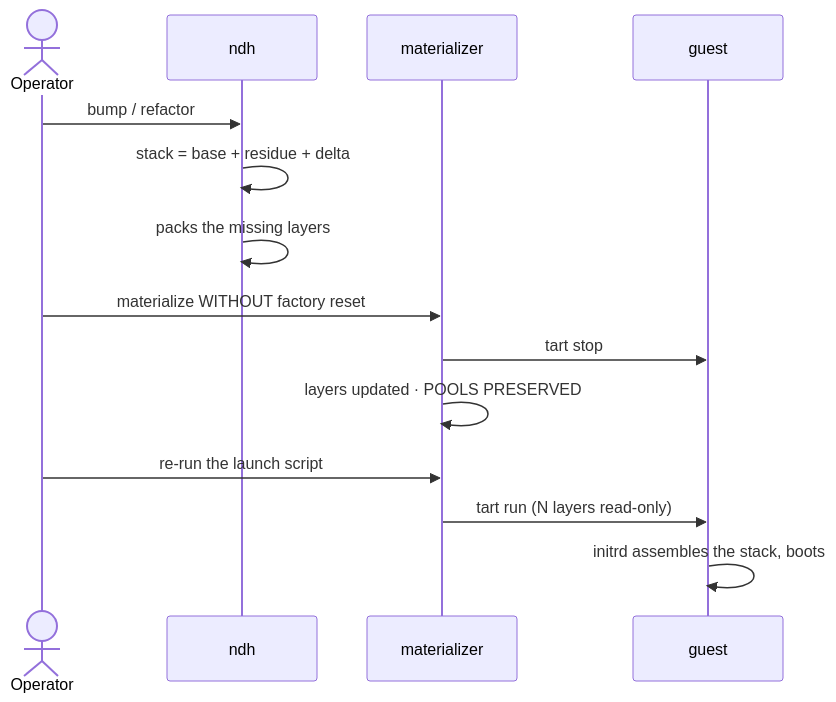
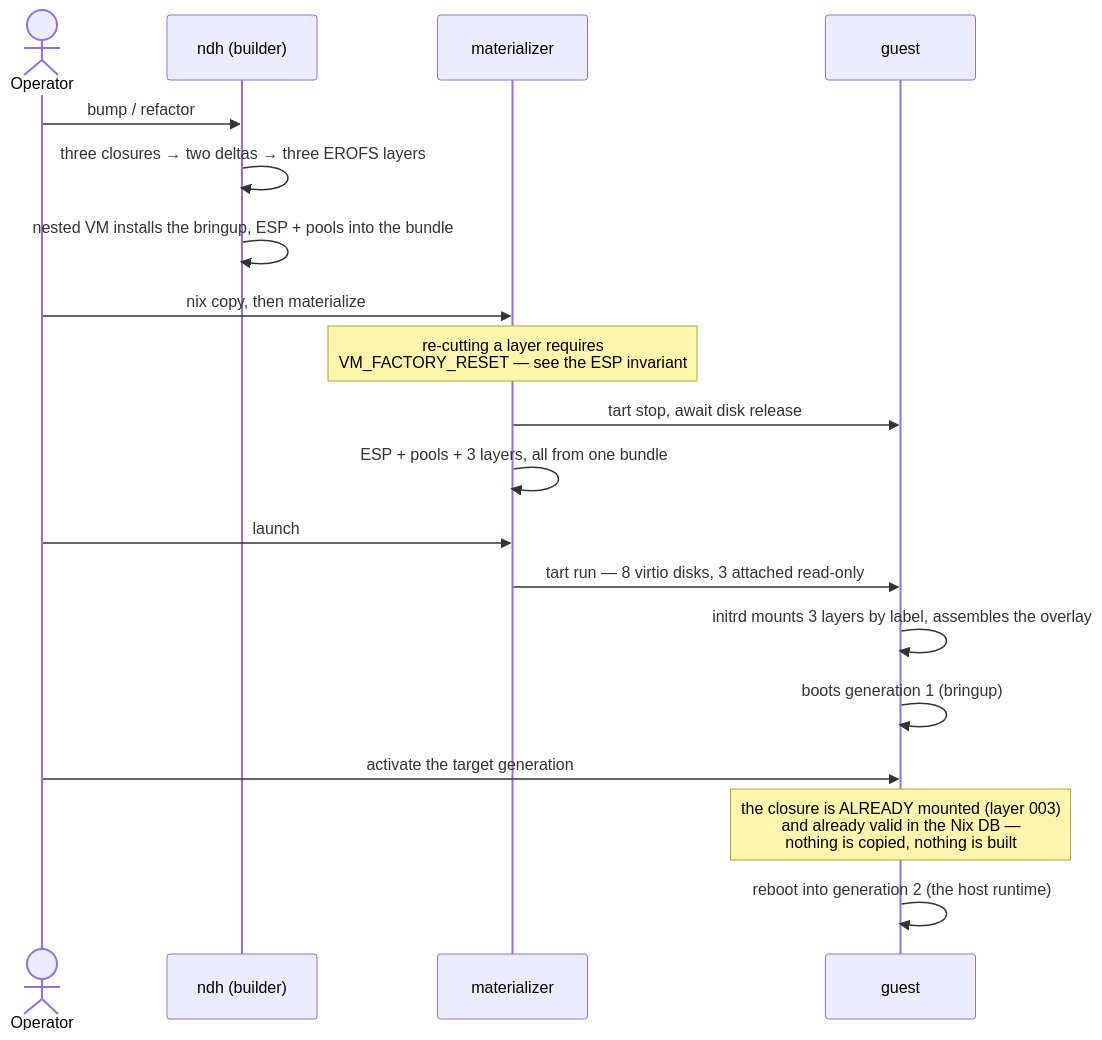
Before and after one commit to seedmatic/rke2lab: the fifth of 5 diagrams in docs/architecture/nixos-substrate/erofs-store-layer-stack.adoc, drawn with Mermaid. The commit also changed other lines of this file and 4 other files, not shown here.

```diff
--- a/docs/architecture/nixos-substrate/erofs-store-layer-stack.adoc
+++ b/docs/architecture/nixos-substrate/erofs-store-layer-stack.adoc
@@ -292,18 +378,23 @@
 [mermaid]
 ----
 sequenceDiagram
   actor Op as Operator
-  participant B as ndh
+  participant B as ndh (builder)
   participant M as materializer
   participant G as guest
 
   Op->>B: bump / refactor
-  B->>B: stack = base + residue + delta
-  B->>B: packs the missing layers
-  Op->>M: materialize WITHOUT factory reset
-  M->>G: tart stop
-  M->>M: layers updated · POOLS PRESERVED
-  Op->>M: re-run the launch script
-  M->>G: tart run (N layers read-only)
-  G->>G: initrd assembles the stack, boots
+  B->>B: three closures → two deltas → three EROFS layers
+  B->>B: nested VM installs the bringup, ESP + pools into the bundle
+  Op->>M: nix copy, then materialize
+  Note over M: re-cutting a layer requires<br/>VM_FACTORY_RESET — see the ESP invariant
+  M->>G: tart stop, await disk release
+  M->>M: ESP + pools + 3 layers, all from one bundle
+  Op->>M: launch
+  M->>G: tart run — 8 virtio disks, 3 attached read-only
+  G->>G: initrd mounts 3 layers by label, assembles the overlay
+  G->>G: boots generation 1 (bringup)
+  Op->>G: activate the target generation
+  Note over G: the closure is ALREADY mounted (layer 003)<br/>and already valid in the Nix DB —<br/>nothing is copied, nothing is built
+  G->>G: reboot into generation 2 (the host runtime)
 ----
```
